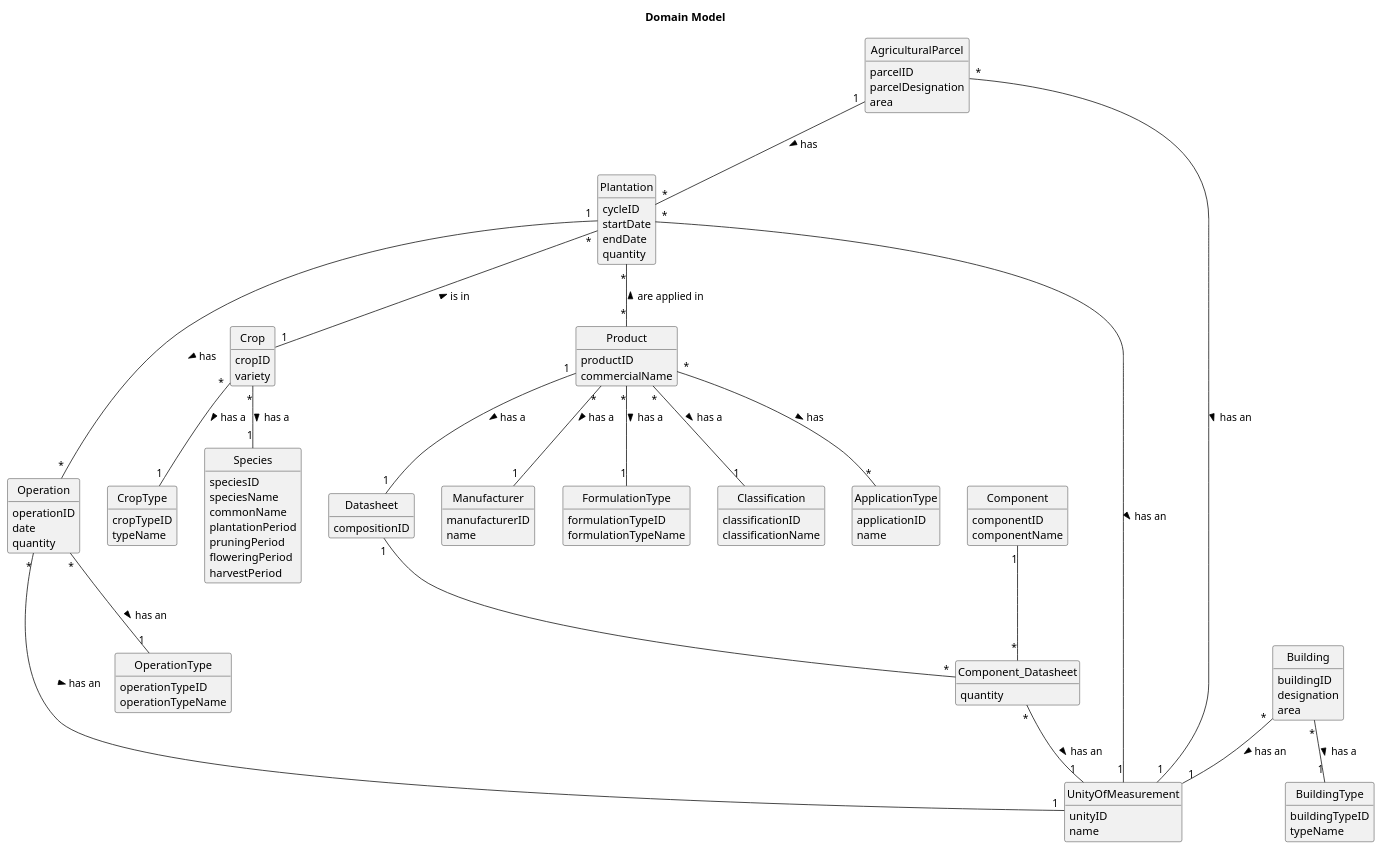
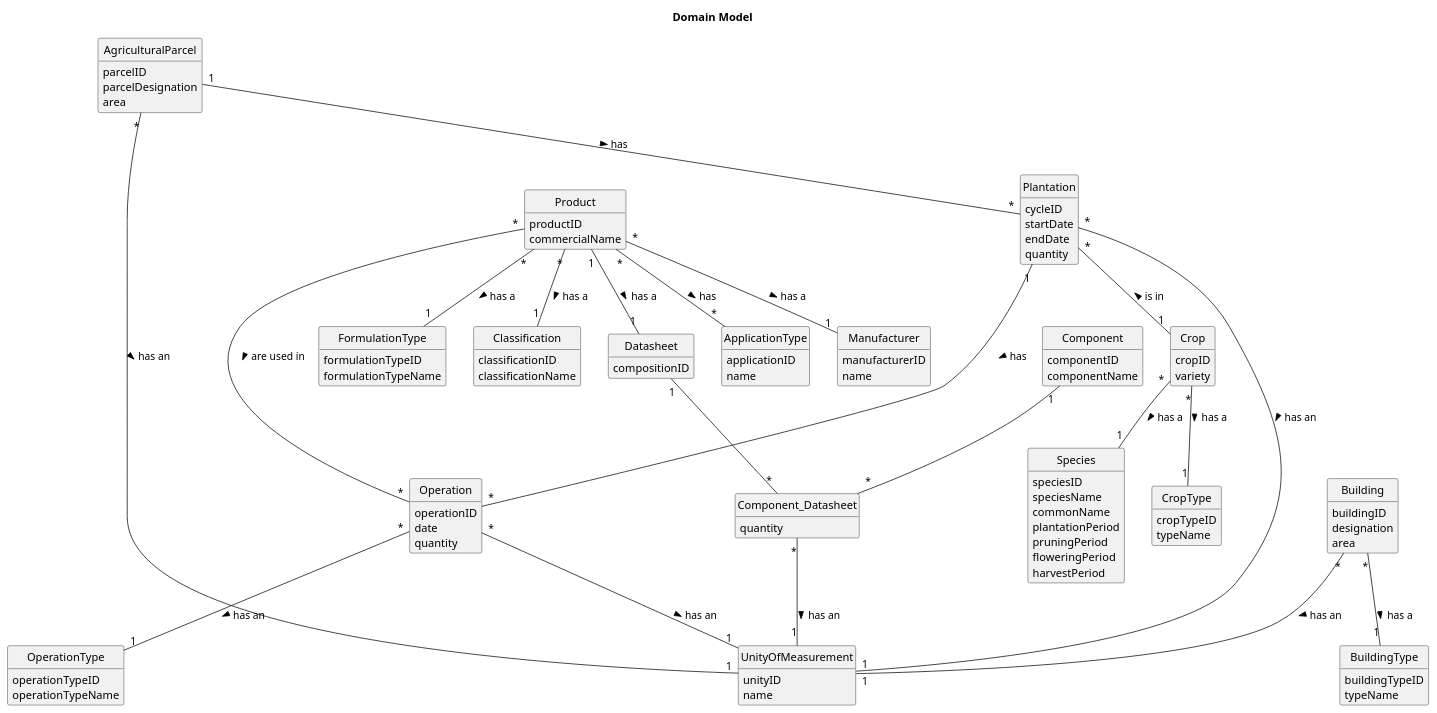
Before and after one commit to 1220812/LAPR3: the diagram in LAPR/US01/Domain_Model.puml, drawn with PlantUML. The commit also changed 2 other files, not shown here.

```diff
--- a/LAPR/US01/Domain_Model.puml
+++ b/LAPR/US01/Domain_Model.puml
@@ -1,139 +1,139 @@
 @startuml
 skinparam monochrome true
 skinparam packageStyle rectangle
 skinparam shadowing false
 skinparam line type polyline
 
 title Domain Model
 hide circle
 hide methods
 
 class AgriculturalParcel {
 parcelID
 parcelDesignation
 area
 }
 
 class Plantation {
 cycleID
 startDate
 endDate
 quantity
 }
 
 class Operation {
 operationID
 date
 quantity
 }
 
 class OperationType {
 operationTypeID
 operationTypeName
 }
 
 class BuildingType {
 buildingTypeID
 typeName
 }
 
 class Building {
 buildingID
 designation
 area
 }
 
 class UnityOfMeasurement {
 unityID
 name
 }
 
 class Crop {
 cropID
 variety
 }
 
 class Species {
 speciesID
 speciesName
 commonName
 plantationPeriod
 pruningPeriod
 floweringPeriod
 harvestPeriod
 }
 
 class CropType {
 cropTypeID
 typeName
 }
 
 class Manufacturer {
 manufacturerID
 name
 }
 
 class FormulationType {
 formulationTypeID
 formulationTypeName
 }
 
 class Classification {
 classificationID
 classificationName
 }
 
 class ApplicationType {
 applicationID
 name
 }
 
 class Product {
 productID
 commercialName
 }
 
 class Datasheet{
 compositionID
 }
 
 class Component{
 componentID
 componentName
 }
 
 class Component_Datasheet{
 quantity
 }
 
 AgriculturalParcel "*" -- "1" UnityOfMeasurement: has an >
 AgriculturalParcel "1" -- "*" Plantation: has >
 
 Plantation "*" -- "1" UnityOfMeasurement: has an >
 Plantation "1" --- "*" Operation: has >
 Plantation "*" -- "1" Crop: is in <
-Plantation "*" -- "*" Product: are applied in <
 
 Operation "*" -- "1" OperationType: has an >
 Operation "*" -- "1" UnityOfMeasurement: has an >
 
 Building "*" -- "1" BuildingType: has a >
 Building "*" -- "1" UnityOfMeasurement: has an >
 
 Crop "*" -- "1" Species : has a >
 Crop "*" -- "1" CropType: has a >
 
 Product "*" -- "1" Manufacturer : has a >
 Product "*" -- "1" FormulationType : has a >
 Product "*" -- "1" Classification : has a >
 Product "*" -- "*" ApplicationType : has >
 Product "1" -- "1" Datasheet : has a >
+Product "*" -- "*" Operation : are used in >
 
 Datasheet "1" -- "*" Component_Datasheet
 
 Component "1" -- "*" Component_Datasheet
 
 Component_Datasheet "*" -- "1" UnityOfMeasurement : has an >
 
 
 @enduml
```
